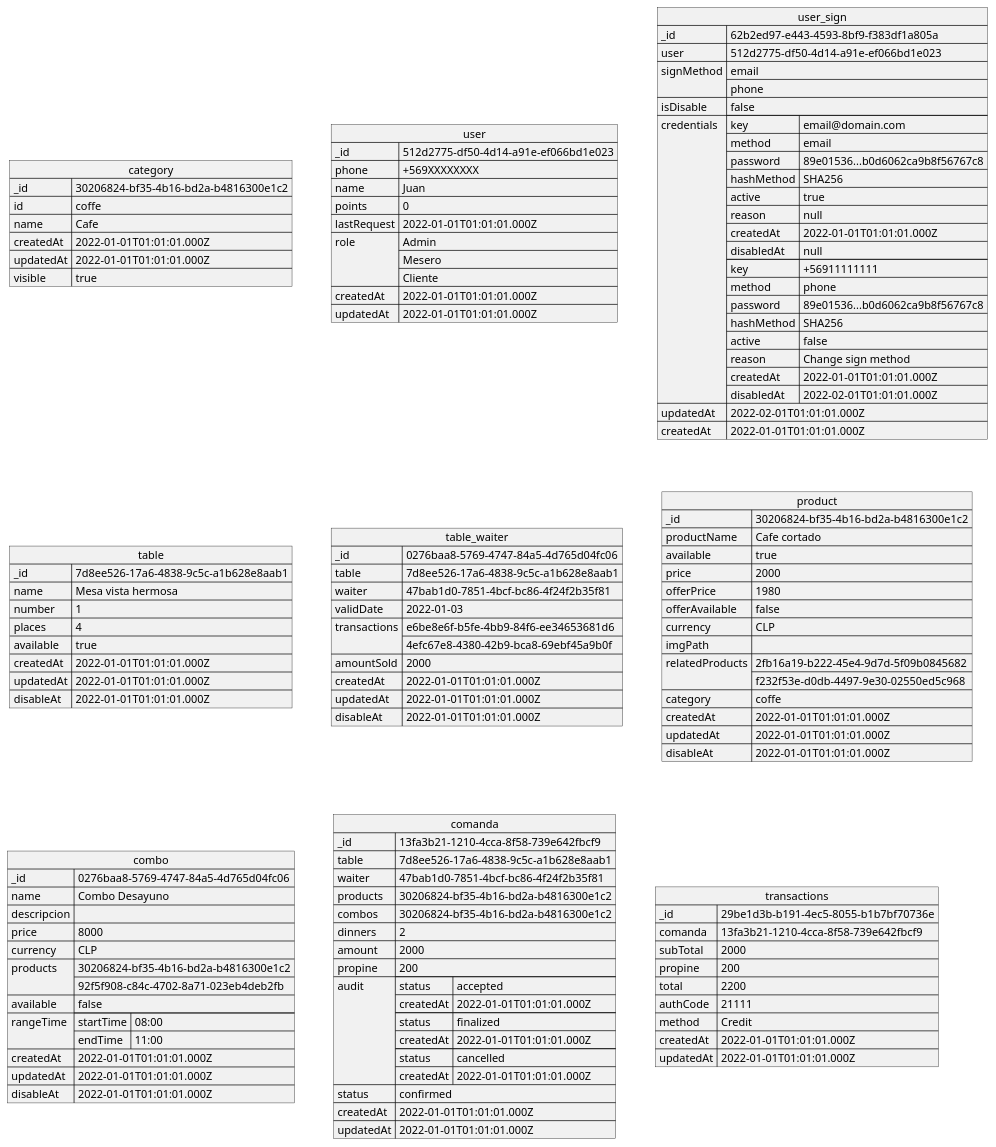
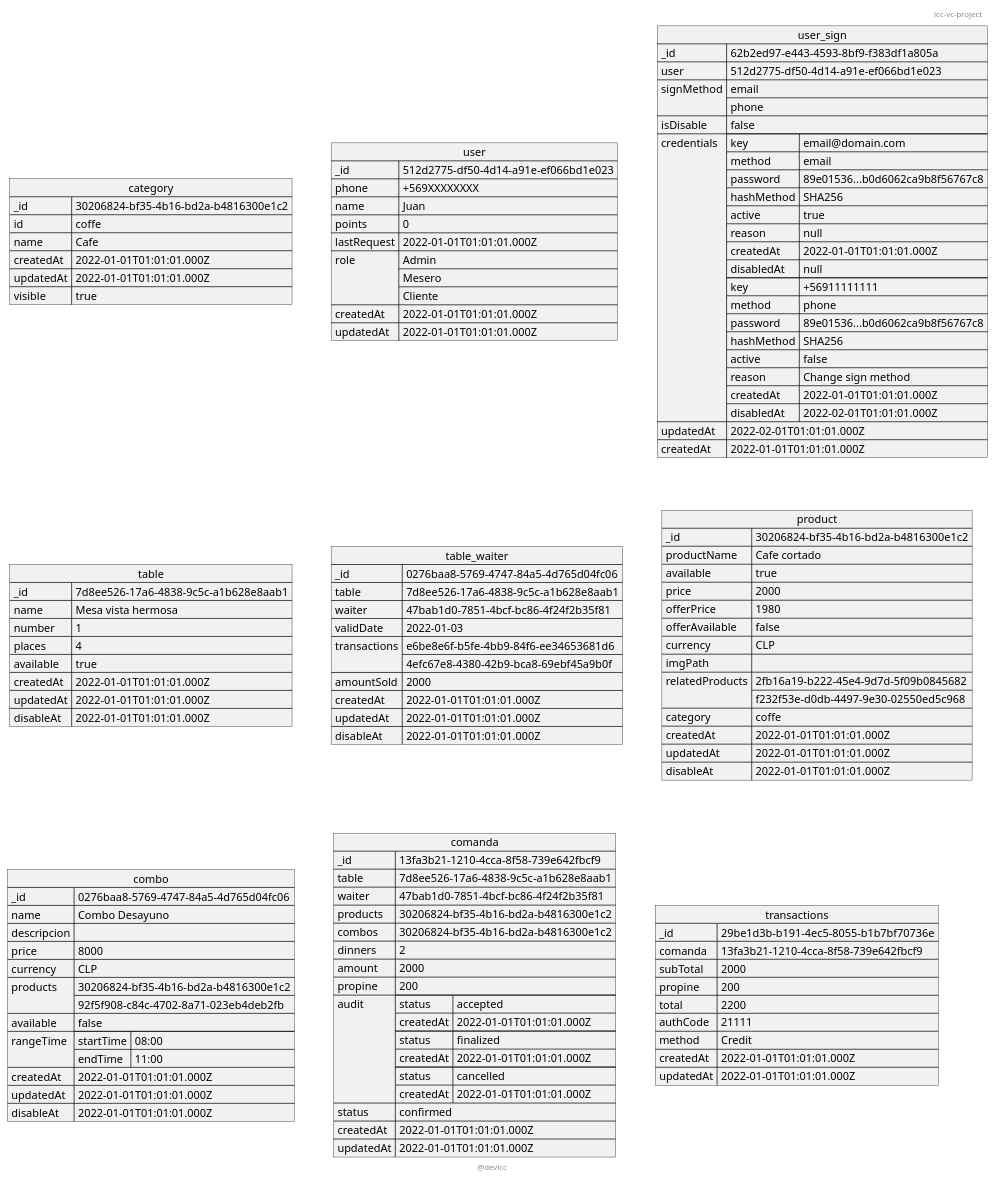
The diagram in plantuml/model.puml (icc-dev/vc-project-architecture), drawn with PlantUML before and after one commit.

Commit message:
add header and footeer model.puml

```diff
--- a/plantuml/model.puml
+++ b/plantuml/model.puml
@@ -1,140 +1,142 @@
 @startuml
 allowmixing
 json category {
     "_id": "30206824-bf35-4b16-bd2a-b4816300e1c2",
     "id": "coffe",
     "name": "Cafe",
     "createdAt": "2022-01-01T01:01:01.000Z",
     "updatedAt": "2022-01-01T01:01:01.000Z",
     "visible": true
 }
 json user {
     "_id":"512d2775-df50-4d14-a91e-ef066bd1e023",
     "phone": "+569XXXXXXXX",
     "name": "Juan",
     "points": 0,
     "lastRequest": "2022-01-01T01:01:01.000Z",
     "role": ["Admin", "Mesero", "Cliente"],
     "createdAt": "2022-01-01T01:01:01.000Z",
     "updatedAt": "2022-01-01T01:01:01.000Z"
 }
 json user_sign {
     "_id":"62b2ed97-e443-4593-8bf9-f383df1a805a",
     "user": "512d2775-df50-4d14-a91e-ef066bd1e023",
     "signMethod": ["email", "phone"],
     "isDisable": false,
     "credentials" : [
         {
             "key": "email@domain.com",
             "method": "email",
             "password": "89e01536...b0d6062ca9b8f56767c8",
             "hashMethod": "SHA256",
             "active": true,
             "reason": null,
             "createdAt": "2022-01-01T01:01:01.000Z",
             "disabledAt": null
         },
         {
             "key": "+56911111111",
             "method": "phone",
             "password": "89e01536...b0d6062ca9b8f56767c8",
             "hashMethod": "SHA256",
             "active": false,
             "reason": "Change sign method",
             "createdAt": "2022-01-01T01:01:01.000Z",
             "disabledAt": "2022-02-01T01:01:01.000Z"
         }
     ],
     "updatedAt": "2022-02-01T01:01:01.000Z",
     "createdAt": "2022-01-01T01:01:01.000Z"
 }
 json table {
     "_id": "7d8ee526-17a6-4838-9c5c-a1b628e8aab1",
     "name": "Mesa vista hermosa",
     "number": 1,
     "places": 4,
     "available": true,
     "createdAt": "2022-01-01T01:01:01.000Z",
     "updatedAt": "2022-01-01T01:01:01.000Z",
     "disableAt": "2022-01-01T01:01:01.000Z"
 }
 json table_waiter {
     "_id": "0276baa8-5769-4747-84a5-4d765d04fc06",
     "table": "7d8ee526-17a6-4838-9c5c-a1b628e8aab1",
     "waiter": "47bab1d0-7851-4bcf-bc86-4f24f2b35f81",
     "validDate": "2022-01-03",
     "transactions": ["e6be8e6f-b5fe-4bb9-84f6-ee34653681d6", "4efc67e8-4380-42b9-bca8-69ebf45a9b0f"],
     "amountSold": 2000,
     "createdAt": "2022-01-01T01:01:01.000Z",
     "updatedAt": "2022-01-01T01:01:01.000Z",
     "disableAt": "2022-01-01T01:01:01.000Z"
 }
 json product {
     "_id": "30206824-bf35-4b16-bd2a-b4816300e1c2",
     "productName": "Cafe cortado",
     "available": true,
     "price": 2000,
     "offerPrice": 1980,
     "offerAvailable": false,
     "currency": "CLP",
     "imgPath": "",
     "relatedProducts": ["2fb16a19-b222-45e4-9d7d-5f09b0845682", "f232f53e-d0db-4497-9e30-02550ed5c968"],
     "category": ["coffe"],
     "createdAt": "2022-01-01T01:01:01.000Z",
     "updatedAt": "2022-01-01T01:01:01.000Z",
     "disableAt": "2022-01-01T01:01:01.000Z"
 }
 json combo {
     "_id": "0276baa8-5769-4747-84a5-4d765d04fc06",
     "name": "Combo Desayuno",
     "descripcion": "",
     "price": 8000,
     "currency": "CLP",
     "products": ["30206824-bf35-4b16-bd2a-b4816300e1c2", "92f5f908-c84c-4702-8a71-023eb4deb2fb"],
     "available": false,
     "rangeTime": [
         {"startTime": "08:00", "endTime": "11:00"}
     ],
     "createdAt": "2022-01-01T01:01:01.000Z",
     "updatedAt": "2022-01-01T01:01:01.000Z",
     "disableAt": "2022-01-01T01:01:01.000Z"
 }
 json comanda {
     "_id": "13fa3b21-1210-4cca-8f58-739e642fbcf9",
     "table": "7d8ee526-17a6-4838-9c5c-a1b628e8aab1",
     "waiter": "47bab1d0-7851-4bcf-bc86-4f24f2b35f81",
     "products": ["30206824-bf35-4b16-bd2a-b4816300e1c2"],
     "combos": ["30206824-bf35-4b16-bd2a-b4816300e1c2"],
     "dinners": 2,
     "amount": 2000,
     "propine": 200,
     "audit": [
         {
             "status": "accepted",
             "createdAt": "2022-01-01T01:01:01.000Z"
         },
         {
             "status": "finalized",
             "createdAt": "2022-01-01T01:01:01.000Z"
         },
         {
             "status": "cancelled",
             "createdAt": "2022-01-01T01:01:01.000Z"
         }
     ],
     "status": "confirmed",
     "createdAt": "2022-01-01T01:01:01.000Z",
     "updatedAt": "2022-01-01T01:01:01.000Z"
 }
 json transactions {
     "_id": "29be1d3b-b191-4ec5-8055-b1b7bf70736e",
     "comanda": "13fa3b21-1210-4cca-8f58-739e642fbcf9",
     "subTotal": 2000,
     "propine": 200,
     "total": 2200,
     "authCode": 21111,
     "method": "Credit",
     "createdAt": "2022-01-01T01:01:01.000Z",
     "updatedAt": "2022-01-01T01:01:01.000Z"
 }
+footer @devicc
+header icc-vc-project
 @enduml
```
